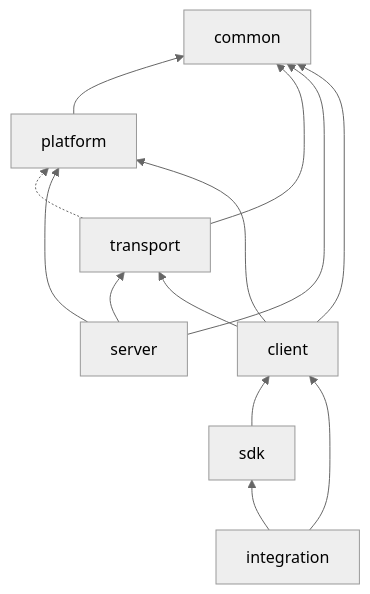
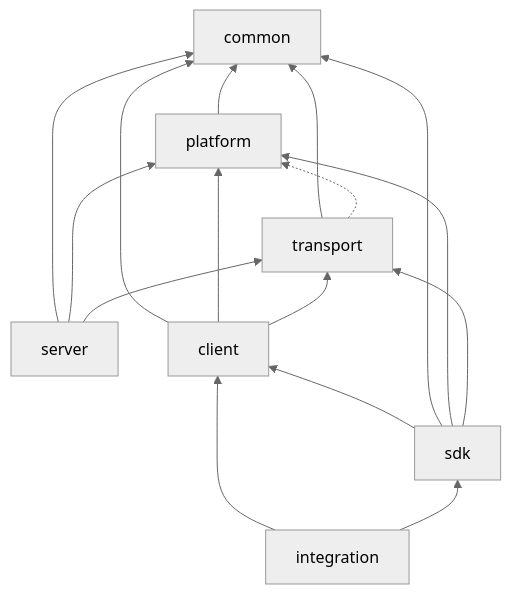
One commit to LMCache/LMCache changed the diagram in docs/design/MODULE_DEPENDENCIES.md. Above: the diagram before and after it, drawn with Mermaid (neutral theme). The commit also changed other lines of this file and 2 other files, not shown here.

Commit message:
[Docs] List all SDK dependencies explicitly

````diff
--- a/docs/design/MODULE_DEPENDENCIES.md
+++ b/docs/design/MODULE_DEPENDENCIES.md
@@ -10,15 +10,18 @@
 ```mermaid
 flowchart BT
     platform --> common
     transport --> common
     transport -.-> platform
     server --> common
     server --> platform
     server --> transport
     client --> common
     client --> platform
     client --> transport
     sdk --> client
+    sdk --> common
+    sdk --> platform
+    sdk --> transport
     integration --> client
     integration --> sdk
 ```
````
